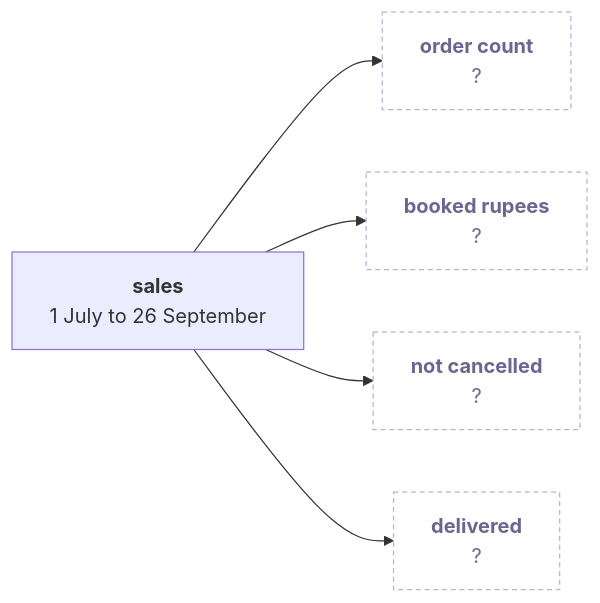
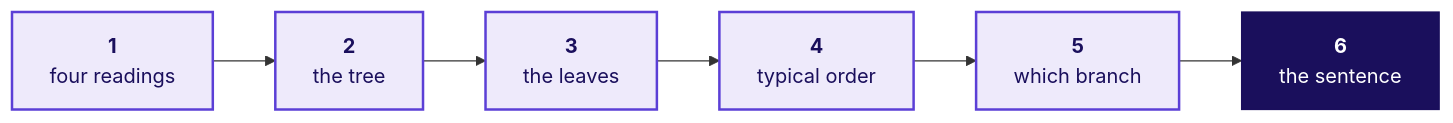
One commit to fde-academy-lab/c2-content-factory changed the seventh of 18 diagrams in content/W01/D1/slides/C2_W01_D01_half1_STUDENT.md. Above: the diagram before and after it, drawn with Mermaid. The commit also changed other lines of this file and 10 other files, not shown here.

````diff
--- a/content/W01/D1/slides/C2_W01_D01_half1_STUDENT.md
+++ b/content/W01/D1/slides/C2_W01_D01_half1_STUDENT.md
@@ -202,9 +265,9 @@
 ```mermaid
 flowchart LR
-    S["<b>sales</b><br/>1 July to 26 September"] --> N["<b>order count</b><br/>?"]
-    S --> B["<b>booked rupees</b><br/>?"]
-    S --> C["<b>not cancelled</b><br/>?"]
-    S --> D["<b>delivered</b><br/>?"]
-    classDef unknown fill:#FFFFFF,stroke:#B8B2D6,color:#6B6690,stroke-dasharray:4 3
-    class N,B,C,D unknown
+    C1["<b>1</b><br/>four readings"] --> C2["<b>2</b><br/>the tree"] --> C3["<b>3</b><br/>the leaves"]
+    C3 --> C4["<b>4</b><br/>typical order"] --> C5["<b>5</b><br/>which branch"] --> C6["<b>6</b><br/>the sentence"]
+    classDef known fill:#EEEAFB,stroke:#5B3FD6,color:#1A0F5C,stroke-width:2px
+    classDef bet fill:#1A0F5C,stroke:#1A0F5C,color:#FFFFFF
+    class C1,C2,C3,C4,C5 known
+    class C6 bet
 ```
````
